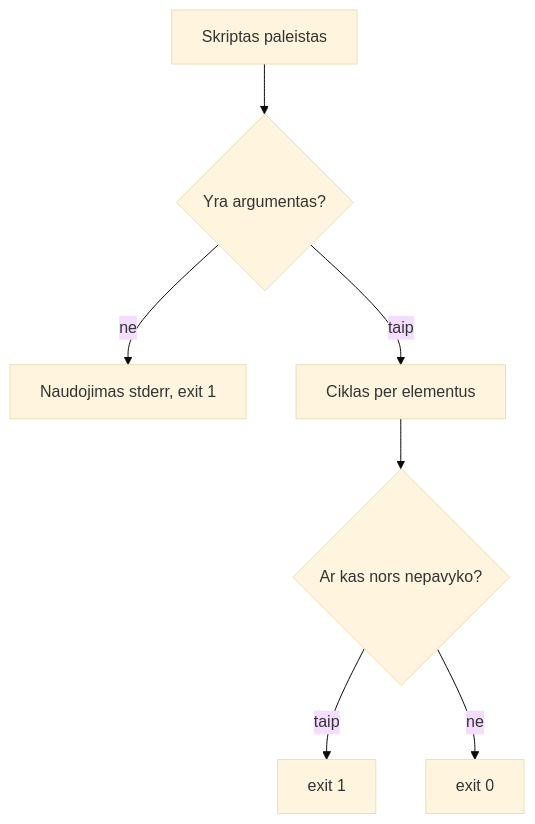
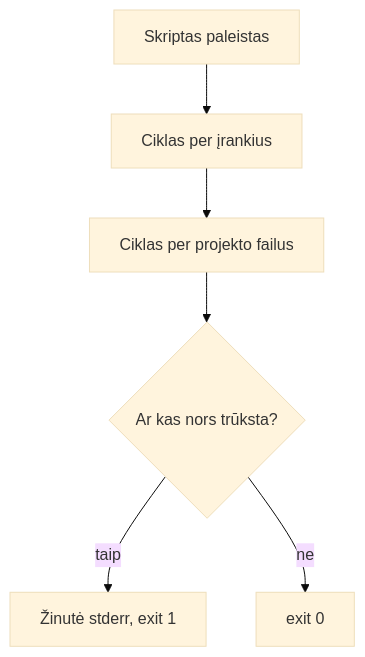
The diagram in kursas/04 Bash skriptai/pamoka.md (dkoncius/Techin-DevOps), drawn with Mermaid (base theme) before and after one commit. The commit also changed other lines of this file and 28 other files, not shown here.

````diff
--- a/kursas/04 Bash skriptai/pamoka.md
+++ b/kursas/04 Bash skriptai/pamoka.md
@@ -42,9 +47,8 @@
 ```mermaid
 flowchart TD
-    start[Skriptas paleistas] --> arg{Yra argumentas?}
-    arg -- ne --> naud[Naudojimas stderr, exit 1]
-    arg -- taip --> darbas[Ciklas per elementus]
-    darbas --> klaida{Ar kas nors nepavyko?}
-    klaida -- taip --> fail[exit 1]
+    start[Skriptas paleistas] --> irankiai[Ciklas per įrankius]
+    irankiai --> failai[Ciklas per projekto failus]
+    failai --> klaida{Ar kas nors trūksta?}
+    klaida -- taip --> fail[Žinutė stderr, exit 1]
     klaida -- ne --> ok[exit 0]
 ```
````
